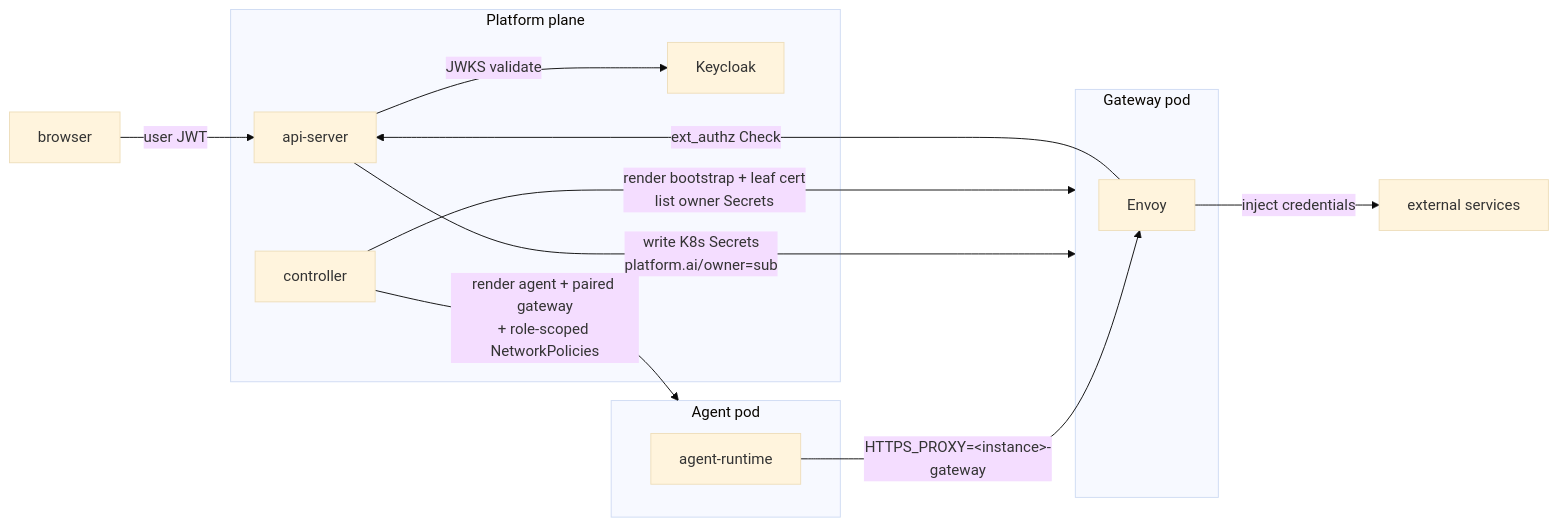
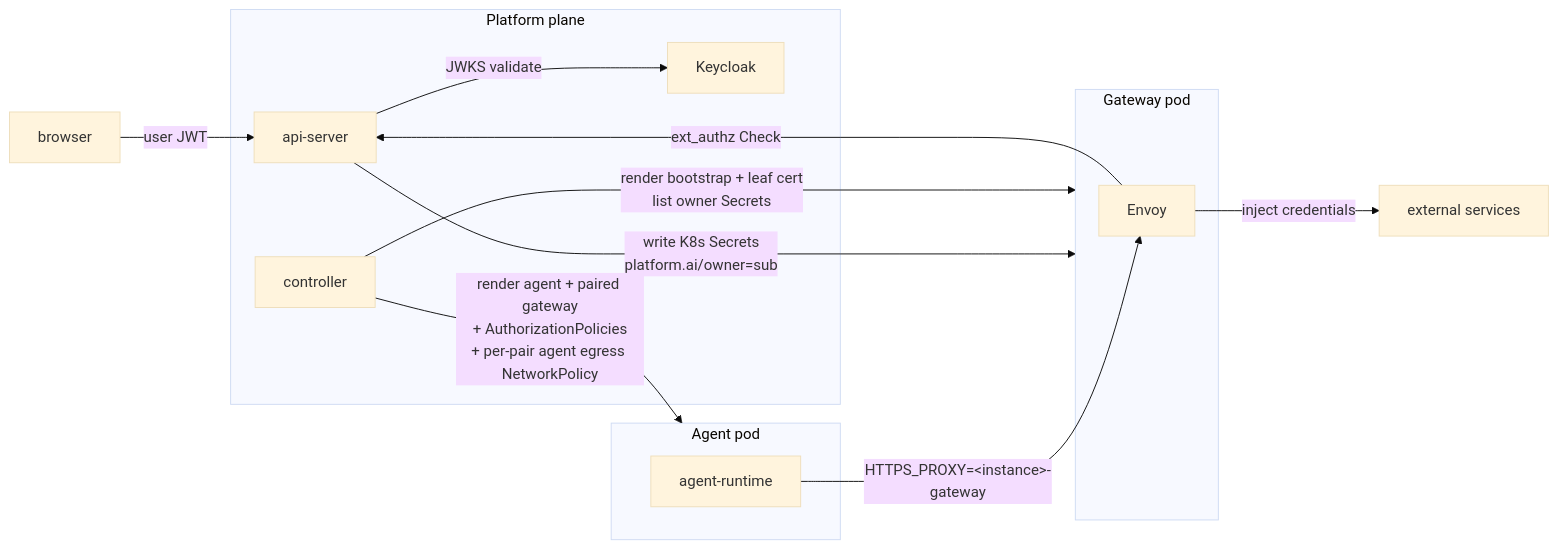
One commit to subbyte/dam changed the diagram in docs/architecture/security-and-credentials.md. Above: the diagram before and after it, drawn with Mermaid (base theme). The commit also changed other lines of this file and 6 other files, not shown here.

Commit message:
fix(controller): restore per-pair agent egress NetworkPolicy (#158)

````diff
--- a/docs/architecture/security-and-credentials.md
+++ b/docs/architecture/security-and-credentials.md
@@ -52,31 +52,31 @@
 ```mermaid
 flowchart LR
   browser[browser]
 
   subgraph platform[Platform plane]
     api-server
     controller
     keycloak[Keycloak]
   end
 
   subgraph agentpod[Agent pod]
     agent-runtime
   end
 
   subgraph gatewaypod[Gateway pod]
     envoy[Envoy]
   end
 
   external[external services]
 
   browser -->|user JWT| api-server
   api-server -->|JWKS validate| keycloak
 
   api-server -->|write K8s Secrets<br/>platform.ai/owner=sub| gatewaypod
   controller -->|render bootstrap + leaf cert<br/>list owner Secrets| gatewaypod
-  controller -->|render agent + paired gateway<br/>+ role-scoped NetworkPolicies| agentpod
+  controller -->|render agent + paired gateway<br/>+ AuthorizationPolicies<br/>+ per-pair agent egress NetworkPolicy| agentpod
 
   agent-runtime -->|HTTPS_PROXY=&lt;instance&gt;-gateway| envoy
   envoy -->|ext_authz Check| api-server
   envoy -->|inject credentials| external
 ```
````
